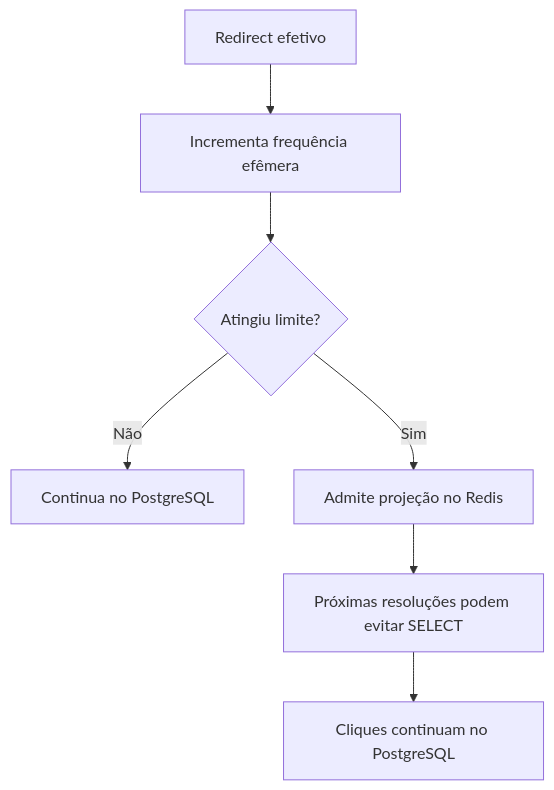
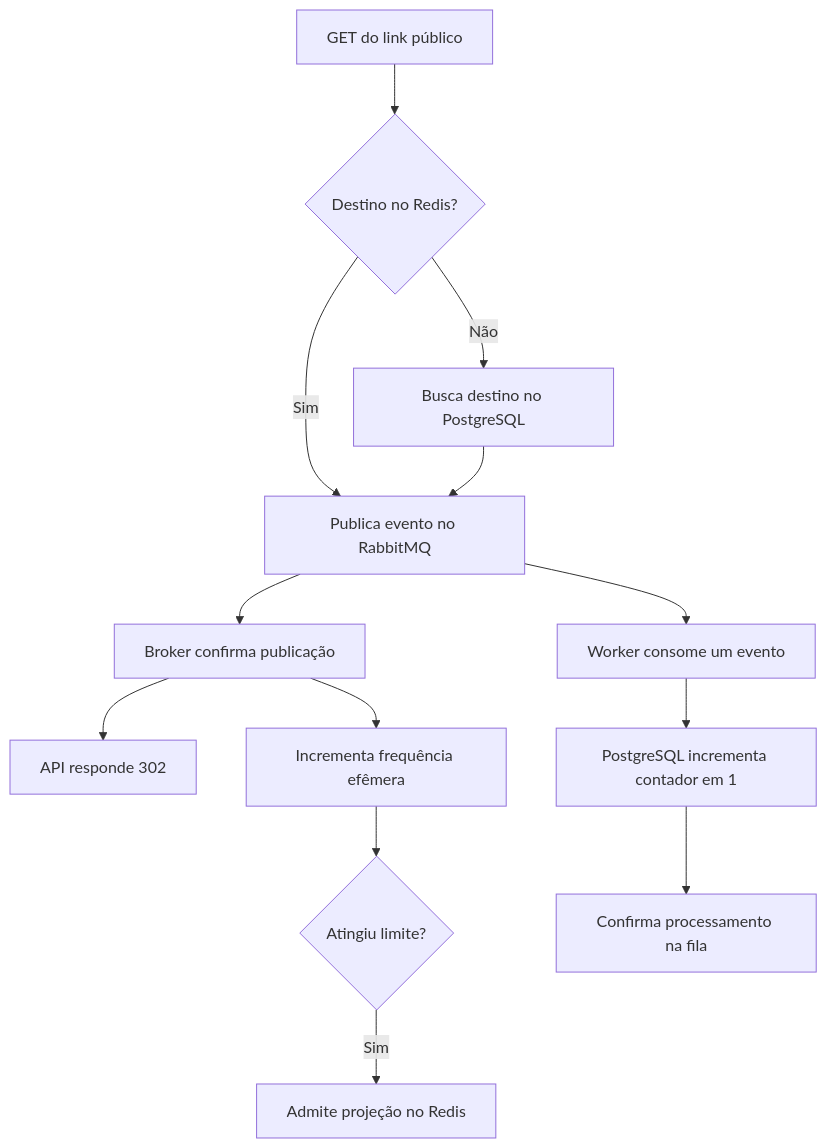
The sixth of 6 diagrams in docs/short-links.md (fredsaggio/shortbit), drawn with Mermaid before and after one commit. The commit also changed other lines of this file and 2 other files, not shown here.

Commit message:
feat: add RabbitMQ service to docker-compose for event handling

````diff
--- a/docs/short-links.md
+++ b/docs/short-links.md
@@ -160,9 +160,15 @@
 ```mermaid
 flowchart TD
-    Redirect[Redirect efetivo] --> Heat[Incrementa frequência efêmera]
+    Request[GET do link público] --> Hit{Destino no Redis?}
+    Hit -- Sim --> Publish[Publica evento no RabbitMQ]
+    Hit -- Não --> Postgres[Busca destino no PostgreSQL]
+    Postgres --> Publish
+    Publish --> Confirm[Broker confirma publicação]
+    Confirm --> Response[API responde 302]
+    Confirm --> Heat[Incrementa frequência efêmera]
     Heat --> Hot{Atingiu limite?}
-    Hot -- Não --> Postgres[Continua no PostgreSQL]
     Hot -- Sim --> Cache[Admite projeção no Redis]
-    Cache --> Resolve[Próximas resoluções podem evitar SELECT]
-    Resolve --> Count[Cliques continuam no PostgreSQL]
+    Publish --> Worker[Worker consome um evento]
+    Worker --> Count[PostgreSQL incrementa contador em 1]
+    Count --> Ack[Confirma processamento na fila]
 ```
````
